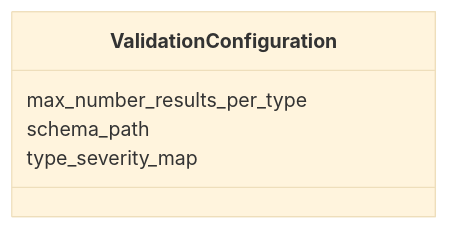
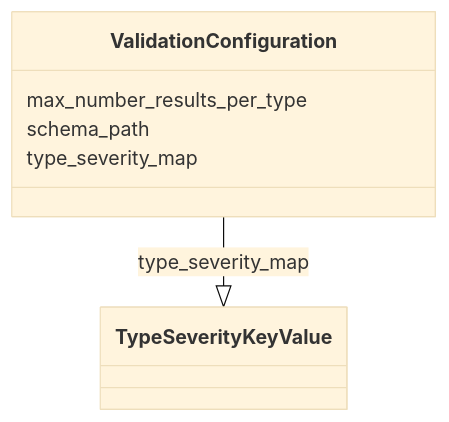
One commit to cthoyt/ontology-access-kit changed the diagram in validation/ValidationConfiguration.md. Above: the diagram before and after it, drawn with Mermaid (base theme). The commit also changed other lines of this file and 3287 other files, not shown here.

````diff
--- a/validation/ValidationConfiguration.md
+++ b/validation/ValidationConfiguration.md
@@ -11,8 +14,13 @@
 ```{mermaid}
  classDiagram
     class ValidationConfiguration
       ValidationConfiguration : max_number_results_per_type
+        
       ValidationConfiguration : schema_path
+        
       ValidationConfiguration : type_severity_map
+        
+          ValidationConfiguration --|> TypeSeverityKeyValue : type_severity_map
+        
       
 ```
````
